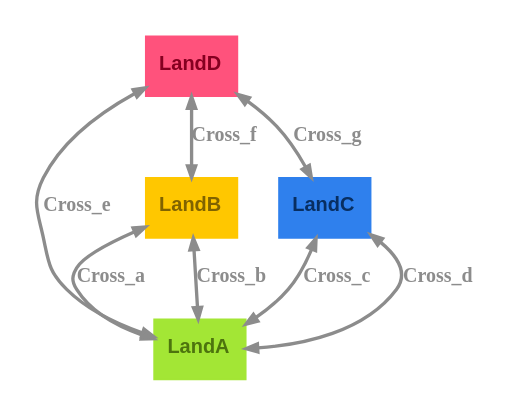
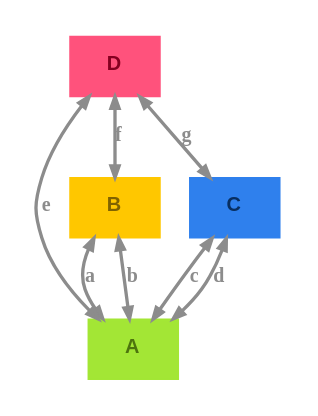
The diagram in renders/bridges-koenigsberg-dark.dot (m-bock/purescript-transit), drawn with Graphviz before and after one commit. The commit also changed 44 other files, not shown here.

```diff
--- a/renders/bridges-koenigsberg-dark.dot
+++ b/renders/bridges-koenigsberg-dark.dot
@@ -1,15 +1,15 @@
 digraph 
 {
-rankdir = "TD";fontname = "Arial";labelloc = "t";fontsize = 12;bgcolor = "#00000000";color = "#c8c8c8";fontcolor = "#c8c8c8";pad = 0.2
-LandA [shape = "box", label = <<b>LandA</b>>, fontsize = 12, style = "filled", fillcolor = "#a3e635", fontcolor = "#4d740e", color = "#a3e635", fontname = "Arial", labelloc = "c", penwidth = 1.0]
-LandB [shape = "box", label = <<b>LandB</b>>, fontsize = 12, style = "filled", fillcolor = "#ffc700", fontcolor = "#806300", color = "#ffc700", fontname = "Arial", labelloc = "c", penwidth = 1.0]
-LandB -> LandA [color = "#8c8c8c", fontcolor = "#8c8c8c", fontsize = 12, label = <<b>Cross_a</b>>, arrowsize = "0.7", penwidth = 2.0, dir = "both"]
-LandB -> LandA [color = "#8c8c8c", fontcolor = "#8c8c8c", fontsize = 12, label = <<b>Cross_b</b>>, arrowsize = "0.7", penwidth = 2.0, dir = "both"]
-LandC [shape = "box", label = <<b>LandC</b>>, fontsize = 12, style = "filled", fillcolor = "#2f80ed", fontcolor = "#082e61", color = "#2f80ed", fontname = "Arial", labelloc = "c", penwidth = 1.0]
-LandC -> LandA [color = "#8c8c8c", fontcolor = "#8c8c8c", fontsize = 12, label = <<b>Cross_c</b>>, arrowsize = "0.7", penwidth = 2.0, dir = "both"]
-LandC -> LandA [color = "#8c8c8c", fontcolor = "#8c8c8c", fontsize = 12, label = <<b>Cross_d</b>>, arrowsize = "0.7", penwidth = 2.0, dir = "both"]
-LandD [shape = "box", label = <<b>LandD</b>>, fontsize = 12, style = "filled", fillcolor = "#ff527c", fontcolor = "#850020", color = "#ff527c", fontname = "Arial", labelloc = "c", penwidth = 1.0]
-LandD -> LandA [color = "#8c8c8c", fontcolor = "#8c8c8c", fontsize = 12, label = <<b>Cross_e</b>>, arrowsize = "0.7", penwidth = 2.0, dir = "both"]
-LandD -> LandB [color = "#8c8c8c", fontcolor = "#8c8c8c", fontsize = 12, label = <<b>Cross_f</b>>, arrowsize = "0.7", penwidth = 2.0, dir = "both"]
-LandD -> LandC [color = "#8c8c8c", fontcolor = "#8c8c8c", fontsize = 12, label = <<b>Cross_g</b>>, arrowsize = "0.7", penwidth = 2.0, dir = "both"]
+rankdir = "TD";fontname = "Arial";labelloc = "t";fontsize = 12;bgcolor = "#00000000";color = "#c8c8c8";fontcolor = "#c8c8c8";pad = 0.2;rankdir = "TD"
+A [shape = "box", label = <<b>A</b>>, fontsize = 12, style = "filled", fillcolor = "#a3e635", fontcolor = "#4d740e", color = "#a3e635", fontname = "Arial", labelloc = "c", penwidth = 1.0]
+B [shape = "box", label = <<b>B</b>>, fontsize = 12, style = "filled", fillcolor = "#ffc700", fontcolor = "#806300", color = "#ffc700", fontname = "Arial", labelloc = "c", penwidth = 1.0]
+B -> A [color = "#8c8c8c", fontcolor = "#8c8c8c", fontsize = 12, label = <<b>a</b>>, arrowsize = "0.7", penwidth = 2.0, dir = "both"]
+B -> A [color = "#8c8c8c", fontcolor = "#8c8c8c", fontsize = 12, label = <<b>b</b>>, arrowsize = "0.7", penwidth = 2.0, dir = "both"]
+C [shape = "box", label = <<b>C</b>>, fontsize = 12, style = "filled", fillcolor = "#2f80ed", fontcolor = "#082e61", color = "#2f80ed", fontname = "Arial", labelloc = "c", penwidth = 1.0]
+C -> A [color = "#8c8c8c", fontcolor = "#8c8c8c", fontsize = 12, label = <<b>c</b>>, arrowsize = "0.7", penwidth = 2.0, dir = "both"]
+C -> A [color = "#8c8c8c", fontcolor = "#8c8c8c", fontsize = 12, label = <<b>d</b>>, arrowsize = "0.7", penwidth = 2.0, dir = "both"]
+D [shape = "box", label = <<b>D</b>>, fontsize = 12, style = "filled", fillcolor = "#ff527c", fontcolor = "#850020", color = "#ff527c", fontname = "Arial", labelloc = "c", penwidth = 1.0]
+D -> A [color = "#8c8c8c", fontcolor = "#8c8c8c", fontsize = 12, label = <<b>e</b>>, arrowsize = "0.7", penwidth = 2.0, dir = "both"]
+D -> B [color = "#8c8c8c", fontcolor = "#8c8c8c", fontsize = 12, label = <<b>f</b>>, arrowsize = "0.7", penwidth = 2.0, dir = "both"]
+D -> C [color = "#8c8c8c", fontcolor = "#8c8c8c", fontsize = 12, label = <<b>g</b>>, arrowsize = "0.7", penwidth = 2.0, dir = "both"]
 }
```
